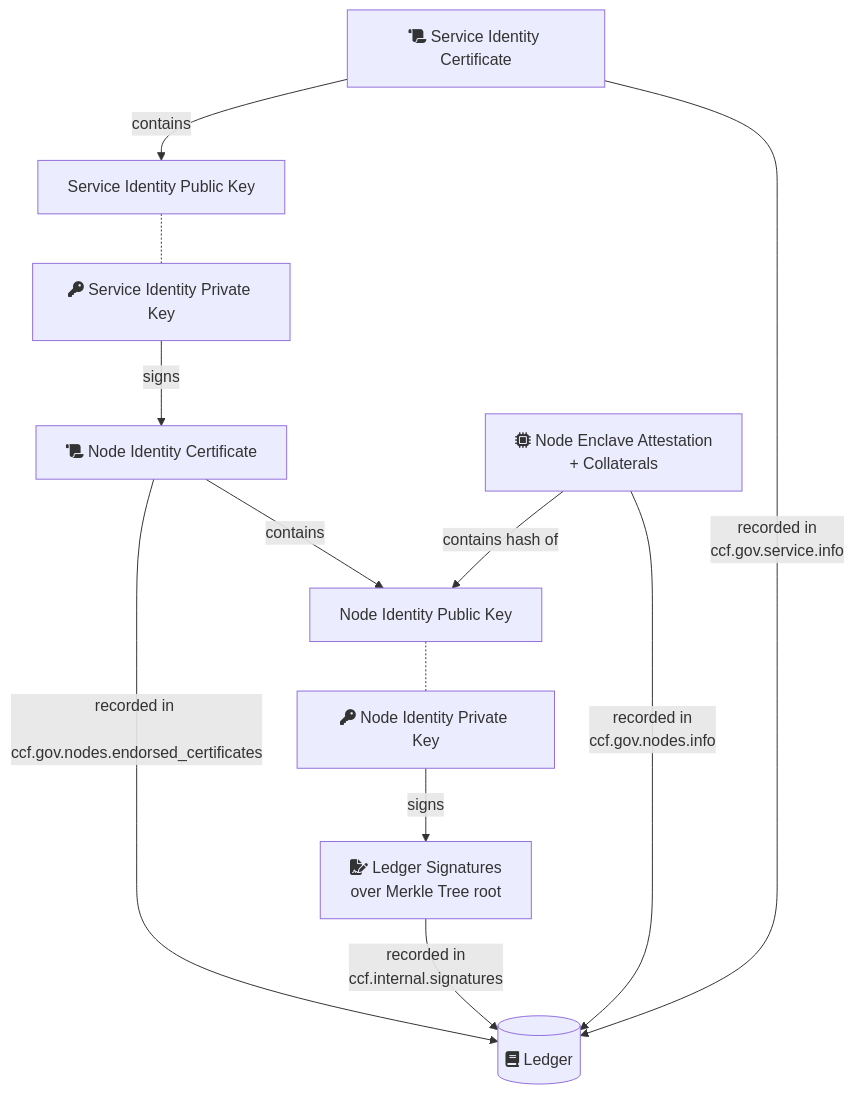
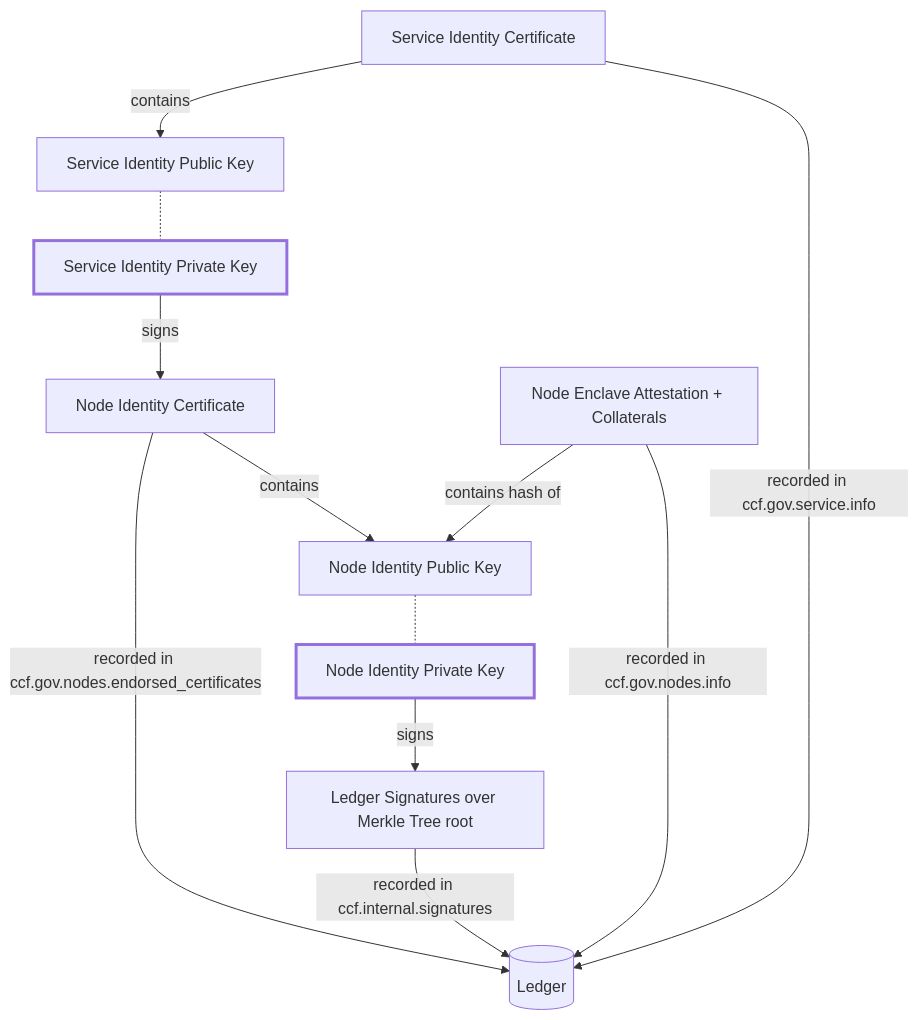
Before and after one commit to microsoft/CCF: the first of 2 diagrams in doc/architecture/cryptography.rst, drawn with Mermaid. The commit also changed other lines of this file and 27 other files, not shown here.

```diff
--- a/doc/architecture/cryptography.rst
+++ b/doc/architecture/cryptography.rst
@@ -53,14 +53,16 @@
 .. mermaid::
 
     flowchart TB
-        ServiceCert[fa:fa-scroll Service Identity Certificate] --contains--> ServicePubk[Service Identity Public Key]
-        ServicePubk -.- ServicePrivk[fa:fa-key Service Identity Private Key]
-        NodePubk[Node Identity Public Key] -.- NodePrivk[fa:fa-key Node Identity Private Key]
-        ServiceCert -- recorded in <br> ccf.gov.service.info --> Ledger[(fa:fa-book Ledger)]
-        NodeCert[fa:fa-scroll Node Identity Certificate] -- recorded in <br> ccf.gov.nodes.endorsed_certificates --> Ledger
+        classDef EnclaveKey stroke-width:3px
+        ServiceCert[Service Identity Certificate] --contains--> ServicePubk[Service Identity Public Key]
+        ServicePubk -.- ServicePrivk[Service Identity Private Key]
+        NodePubk[Node Identity Public Key] -.- NodePrivk[Node Identity Private Key]
+        class ServicePrivk,NodePrivk EnclaveKey
+        ServiceCert -- recorded in ccf.gov.service.info --> Ledger[(Ledger)]
+        NodeCert[Node Identity Certificate] -- recorded in ccf.gov.nodes.endorsed_certificates --> Ledger
         ServicePrivk -- signs --> NodeCert
-        NodePrivk -- signs --> Signature[fa:fa-file-signature Ledger Signatures <br> over Merkle Tree root]
-        Signature -- recorded in <br> ccf.internal.signatures --> Ledger
-        Attestation[fa:fa-microchip Node Enclave Attestation <br> + Collaterals] -- contains hash of --> NodePubk
+        NodePrivk -- signs --> Signature[Ledger Signatures over Merkle Tree root]
+        Signature -- recorded in ccf.internal.signatures --> Ledger
+        Attestation[Node Enclave Attestation + Collaterals] -- contains hash of --> NodePubk
         NodeCert -- contains --> NodePubk
-        Attestation -- recorded in <br> ccf.gov.nodes.info --> Ledger
+        Attestation -- recorded in ccf.gov.nodes.info --> Ledger
```
